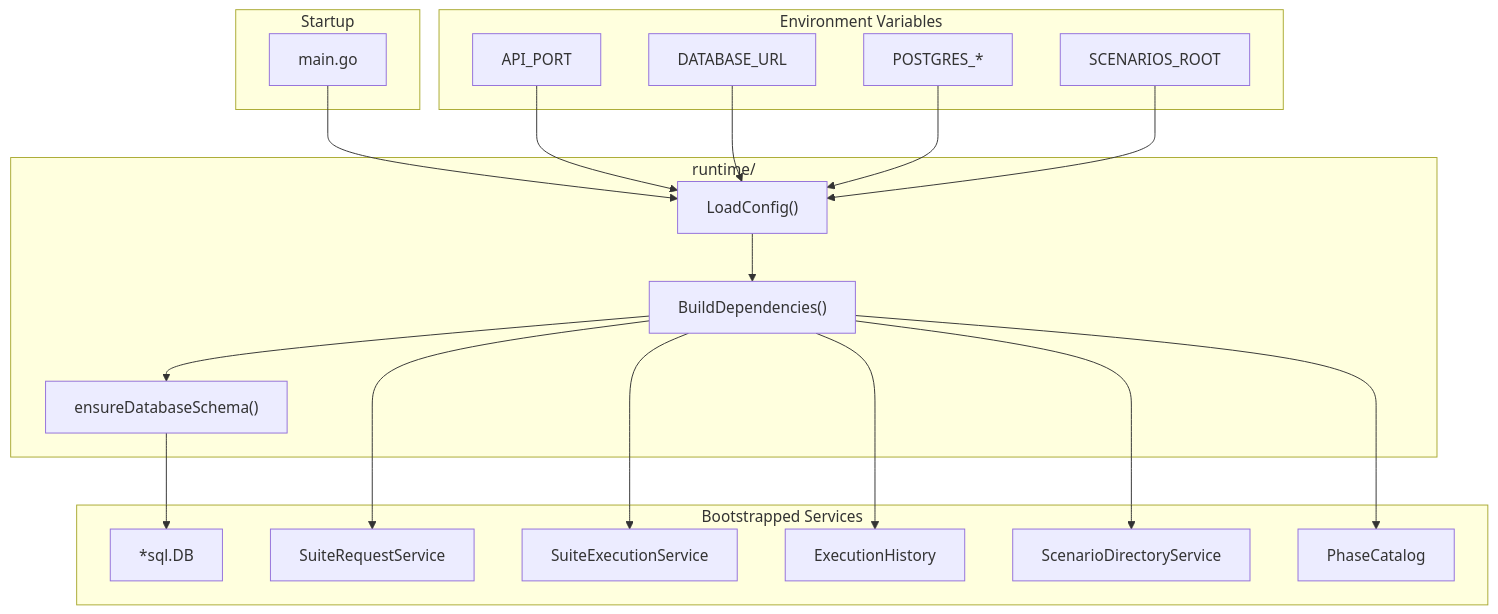
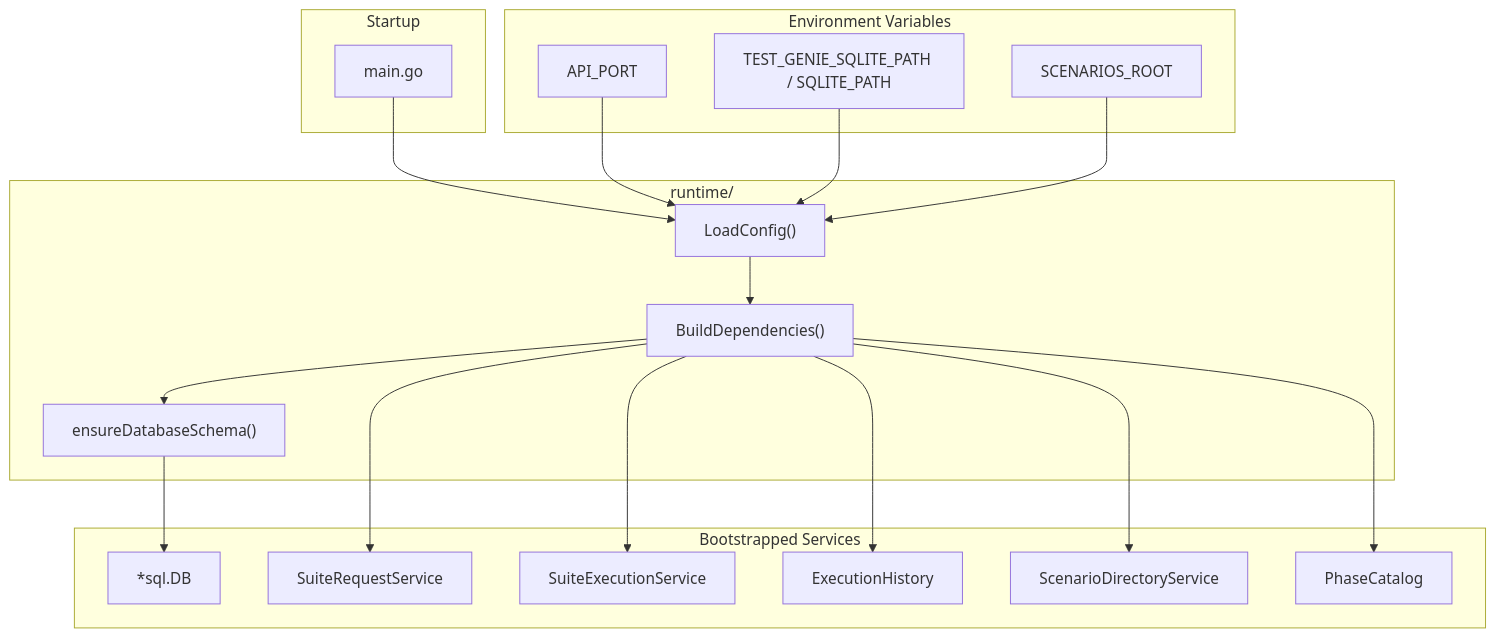
Before and after one commit to Vrooli/Vrooli: the first of 3 diagrams in scenarios/test-genie/api/internal/app/runtime/README.md, drawn with Mermaid. The commit also changed other lines of this file and 62 other files, not shown here.

Commit message:
test-genie fixes p6

````diff
--- a/scenarios/test-genie/api/internal/app/runtime/README.md
+++ b/scenarios/test-genie/api/internal/app/runtime/README.md
@@ -7,44 +7,42 @@
 ```mermaid
 flowchart TB
     subgraph Entry["Startup"]
         main["main.go"]
     end
 
     subgraph Runtime["runtime/"]
         config["LoadConfig()"]
         bootstrap["BuildDependencies()"]
         database["ensureDatabaseSchema()"]
     end
 
     subgraph Environment["Environment Variables"]
         port["API_PORT"]
-        dburl["DATABASE_URL"]
-        pgvars["POSTGRES_*"]
+        sqlitePath["TEST_GENIE_SQLITE_PATH / SQLITE_PATH"]
         scenarios["SCENARIOS_ROOT"]
     end
 
     subgraph Dependencies["Bootstrapped Services"]
         db["*sql.DB"]
         queue["SuiteRequestService"]
         exec["SuiteExecutionService"]
         history["ExecutionHistory"]
         scenario["ScenarioDirectoryService"]
         catalog["PhaseCatalog"]
     end
 
     main --> config
     port --> config
-    dburl --> config
-    pgvars --> config
+    sqlitePath --> config
     scenarios --> config
 
     config --> bootstrap
     bootstrap --> database
     database --> db
 
     bootstrap --> queue
     bootstrap --> exec
     bootstrap --> history
     bootstrap --> scenario
     bootstrap --> catalog
 ```
````
